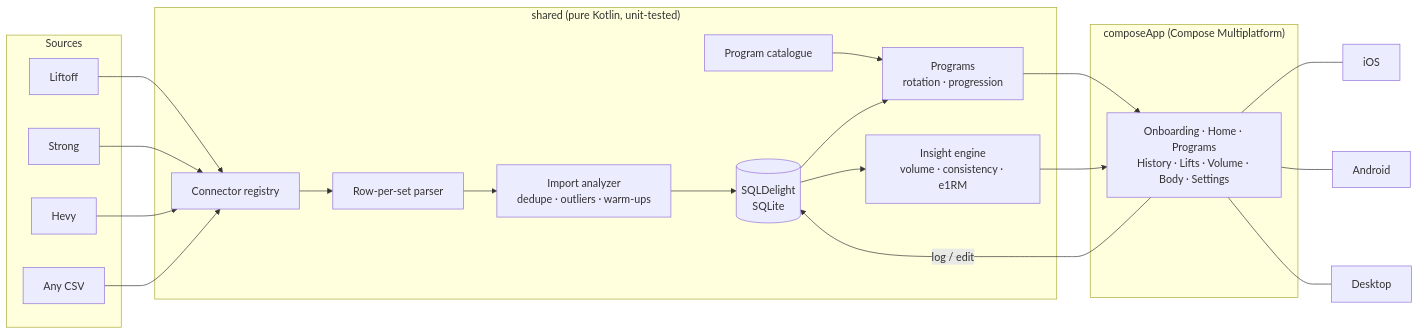
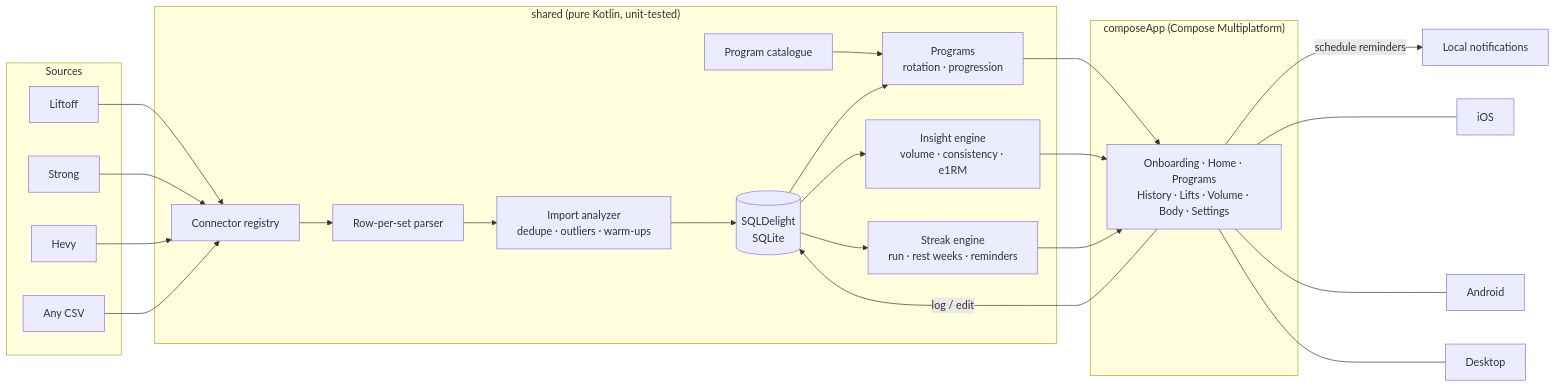
The diagram in README.md (gerra/gains), drawn with Mermaid before and after one commit. The commit also changed other lines of this file and 29 other files, not shown here.

First line of the commit message:
Lead Home with a week streak that a rest week can carry

````diff
--- a/README.md
+++ b/README.md
@@ -375,25 +421,28 @@
 ```mermaid
 flowchart LR
   subgraph Sources
     L[Liftoff]
     S[Strong]
     H[Hevy]
     C[Any CSV]
   end
   subgraph shared["shared (pure Kotlin, unit-tested)"]
     R[Connector registry] --> P[Row-per-set parser]
     P --> A[Import analyzer<br/>dedupe · outliers · warm-ups]
     A --> DB[(SQLDelight<br/>SQLite)]
     DB --> E[Insight engine<br/>volume · consistency · e1RM]
+    DB --> ST[Streak engine<br/>run · rest weeks · reminders]
     PC[Program catalogue] --> PR[Programs<br/>rotation · progression]
     DB --> PR
   end
   subgraph composeApp["composeApp (Compose Multiplatform)"]
     UI[Onboarding · Home · Programs<br/>History · Lifts · Volume · Body · Settings]
   end
   PR --> UI
   L & S & H & C --> R
   E --> UI
+  ST --> UI
+  UI -->|schedule reminders| N[Local notifications]
   UI -->|log / edit| DB
   UI --- iOS & Android & Desktop
 ```
````
